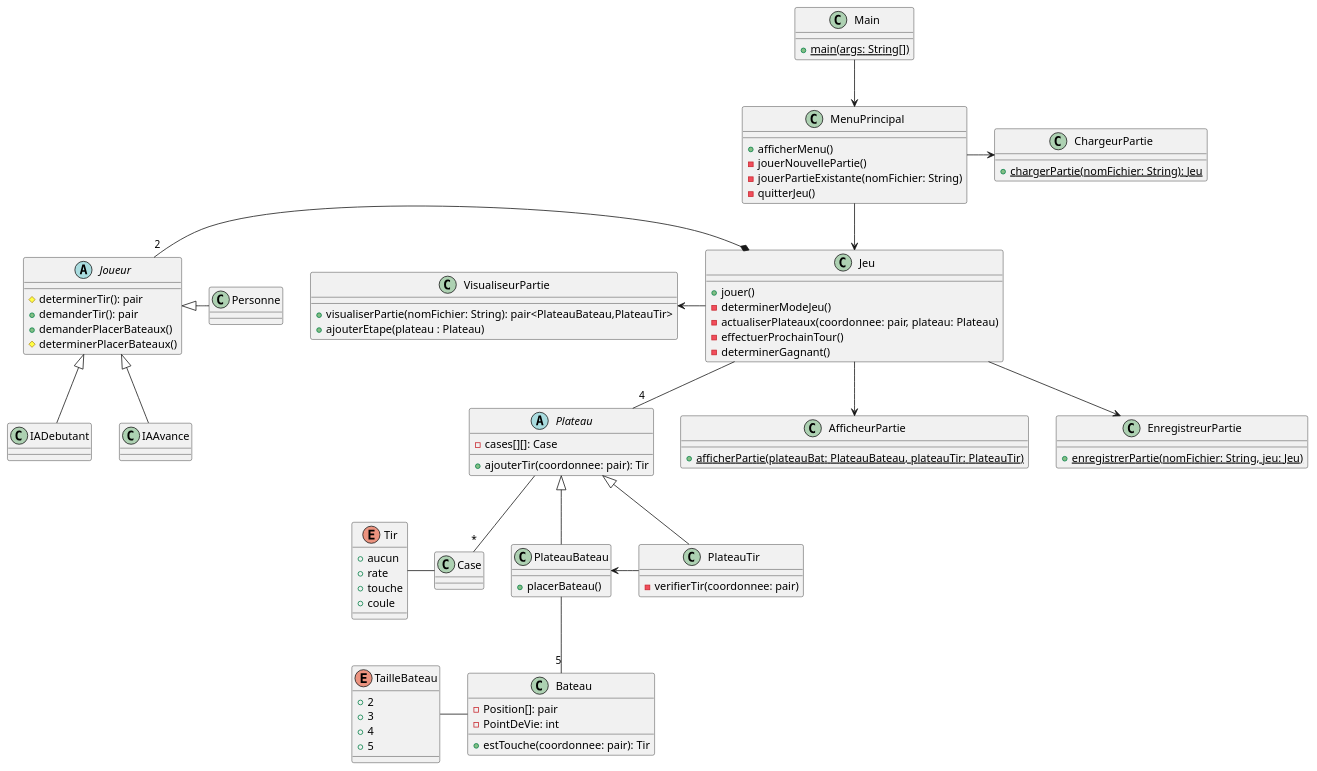
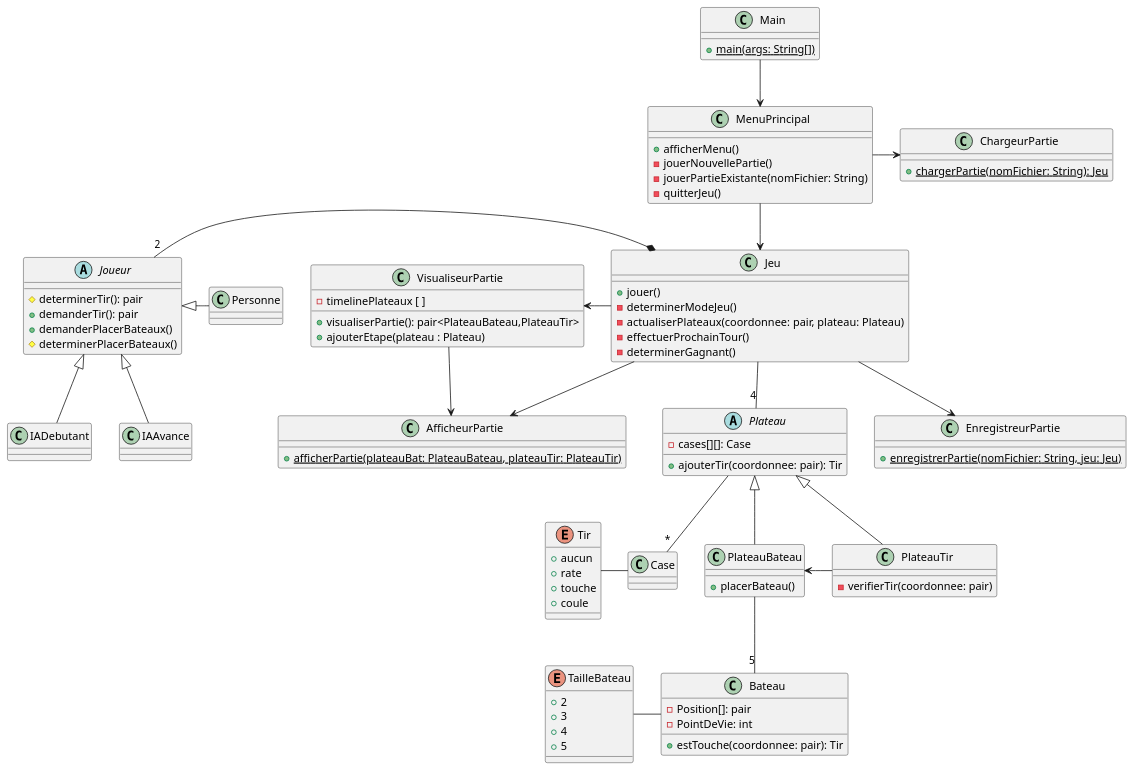
Before and after one commit to Patroklos99/5153_TP2-Battleship-AI-Pattern-Conception_Engineering2: the diagram in diagrammes_conception/diagramme_classes.puml, drawn with PlantUML. The commit also changed 8 other files, not shown here.

Commit message:
Ajouté diagramme visualiser partie

```diff
--- a/diagrammes_conception/diagramme_classes.puml
+++ b/diagrammes_conception/diagramme_classes.puml
@@ -1,111 +1,113 @@
 @startuml
 
 class Main {
     + {static} main(args: String[])
 }
 
 abstract class Plateau{
     - cases[][]: Case
     + ajouterTir(coordonnee: pair): Tir
 }
 
 abstract class Joueur{
     # determinerTir(): pair
     + demanderTir(): pair
     + demanderPlacerBateaux()
     # determinerPlacerBateaux()
 }
 
 class MenuPrincipal{
     + afficherMenu()
     - jouerNouvellePartie()
     - jouerPartieExistante(nomFichier: String)
     - quitterJeu()
 }
 
 class Jeu {
     + jouer()
     - determinerModeJeu()
     - actualiserPlateaux(coordonnee: pair, plateau: Plateau)
     - effectuerProchainTour()
     - determinerGagnant()
 }
 
 class PlateauBateau {
     + placerBateau()
 }
 
 class PlateauTir {
     - verifierTir(coordonnee: pair)
 }
 
 class Bateau {
     - Position[]: pair
     - PointDeVie: int
     + estTouche(coordonnee: pair): Tir
 }
 
 enum TailleBateau {
     + 2
     + 3
     + 4
     + 5
 }
 
 class Case {
 }
 
 enum Tir {
     + aucun
     + rate
     + touche
     + coule
 }
 
 class IADebutant {
 }
 
 class IAAvance{
 }
 
 class ChargeurPartie {
     + {static} chargerPartie(nomFichier: String): Jeu
 }
 
 class VisualiseurPartie {
-    + visualiserPartie(nomFichier: String): pair<PlateauBateau,PlateauTir>
+    - timelinePlateaux [ ]
+    + visualiserPartie(): pair<PlateauBateau,PlateauTir>
     + ajouterEtape(plateau : Plateau)
 }
 
 class AfficheurPartie {
     + {static} afficherPartie(plateauBat: PlateauBateau, plateauTir: PlateauTir)
 }
 
 class EnregistreurPartie {
     + {static} enregistrerPartie(nomFichier: String, jeu: Jeu)
 }
 
 class Personne {
 }
 
 
 PlateauBateau -- "5" Bateau
 Bateau -left- TailleBateau
 Plateau <|-- PlateauBateau
 Plateau <|-- PlateauTir
 Jeu -left-> VisualiseurPartie
 Jeu --> EnregistreurPartie
 Jeu --> AfficheurPartie
 MenuPrincipal -> ChargeurPartie
 Main --> MenuPrincipal
 MenuPrincipal --> Jeu
 Jeu-- "4" Plateau
 Plateau -- "*" Case
 Case -left- Tir
 Joueur <|- Personne
 Joueur <|-down- IADebutant
 Joueur <|-down- IAAvance
 Jeu *-left-- "2" Joueur
 PlateauBateau <- PlateauTir
+VisualiseurPartie --> AfficheurPartie
 
 @enduml
```
